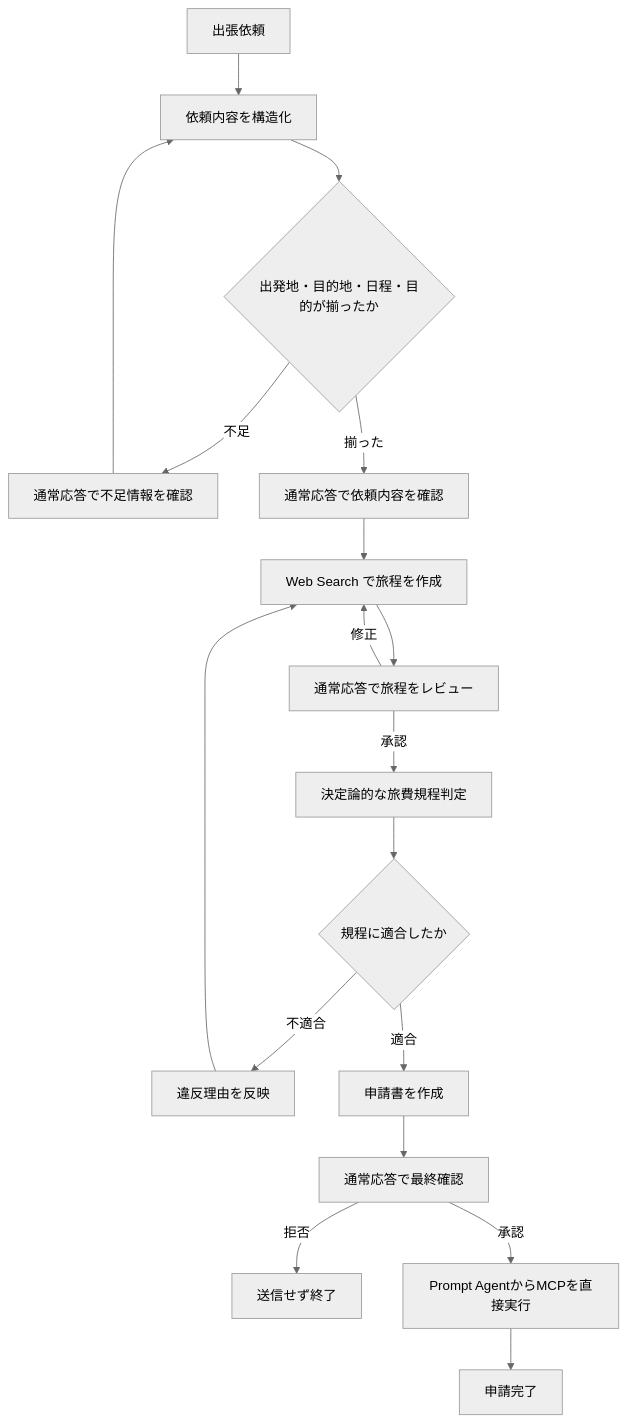
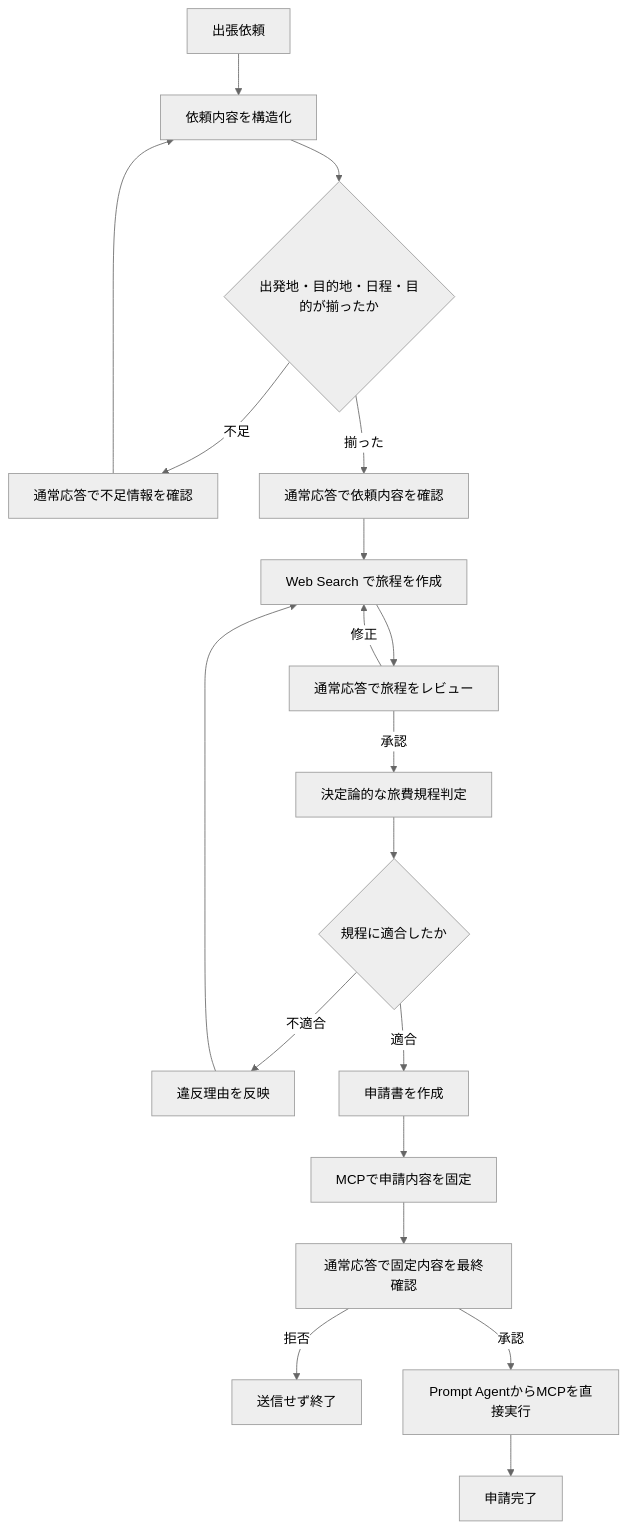
One commit to teshi22/grobal_azure_demo changed the second of 2 diagrams in README.md. Above: the diagram before and after it, drawn with Mermaid (neutral theme). The commit also changed other lines of this file and 20 other files, not shown here.

````diff
--- a/README.md
+++ b/README.md
@@ -123,18 +125,19 @@
 ```mermaid
 flowchart TD
     Start["出張依頼"] --> Clarify["依頼内容を構造化"]
     Clarify --> Complete{"出発地・目的地・日程・目的が揃ったか"}
     Complete -->|不足| Ask["通常応答で不足情報を確認"] --> Clarify
     Complete -->|揃った| Confirm["通常応答で依頼内容を確認"]
     Confirm --> Plan["Web Search で旅程を作成"]
     Plan --> Review["通常応答で旅程をレビュー"]
     Review -->|修正| Plan
     Review -->|承認| Rules["決定論的な旅費規程判定"]
     Rules --> Compliant{"規程に適合したか"}
     Compliant -->|不適合| Replan["違反理由を反映"] --> Plan
     Compliant -->|適合| Document["申請書を作成"]
-    Document --> FinalConfirm["通常応答で最終確認"]
+    Document --> Prepare["MCPで申請内容を固定"]
+    Prepare --> FinalConfirm["通常応答で固定内容を最終確認"]
     FinalConfirm -->|拒否| Cancel["送信せず終了"]
     FinalConfirm -->|承認| MCP["Prompt AgentからMCPを直接実行"]
     MCP --> Done["申請完了"]
 ```
````
